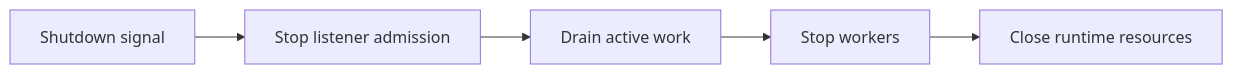
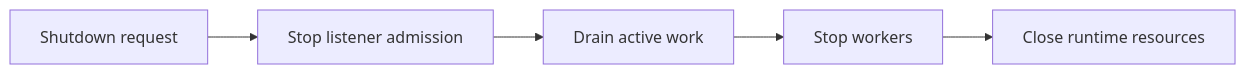
The diagram in docs/pages/04-architecture/06-shutdown-drain.md (Code-Vedas/vajra), drawn with Mermaid before and after one commit. The commit also changed other lines of this file and 129 other files, not shown here.

````diff
--- a/docs/pages/04-architecture/06-shutdown-drain.md
+++ b/docs/pages/04-architecture/06-shutdown-drain.md
@@ -12,13 +12,13 @@
 ```mermaid
 flowchart LR
-  signal["Shutdown signal"]
+  signal["Shutdown request"]
   listener["Stop listener admission"]
   drain["Drain active work"]
   workers["Stop workers"]
   cleanup["Close runtime resources"]
 
   signal --> listener
   listener --> drain
   drain --> workers
   workers --> cleanup
 ```
````
